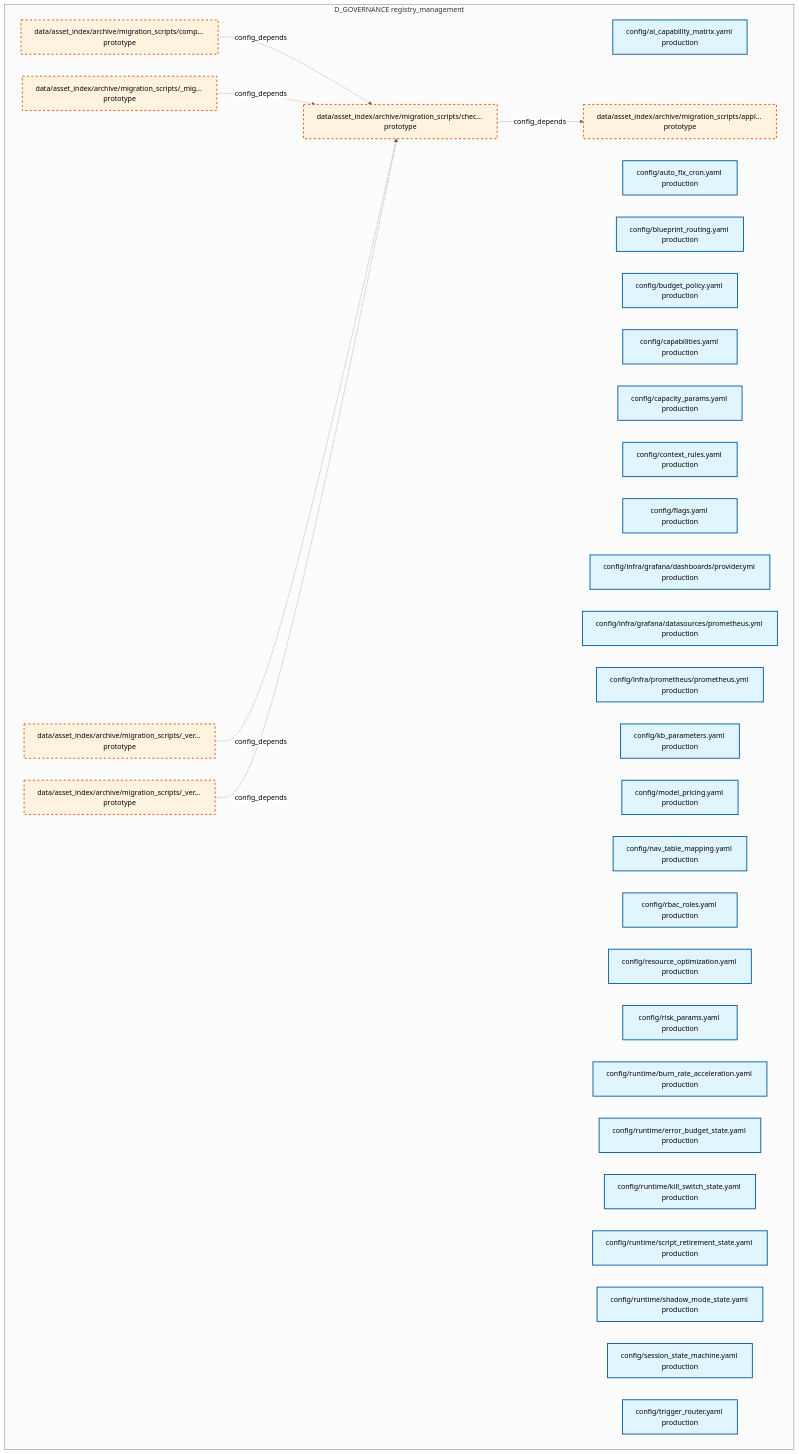
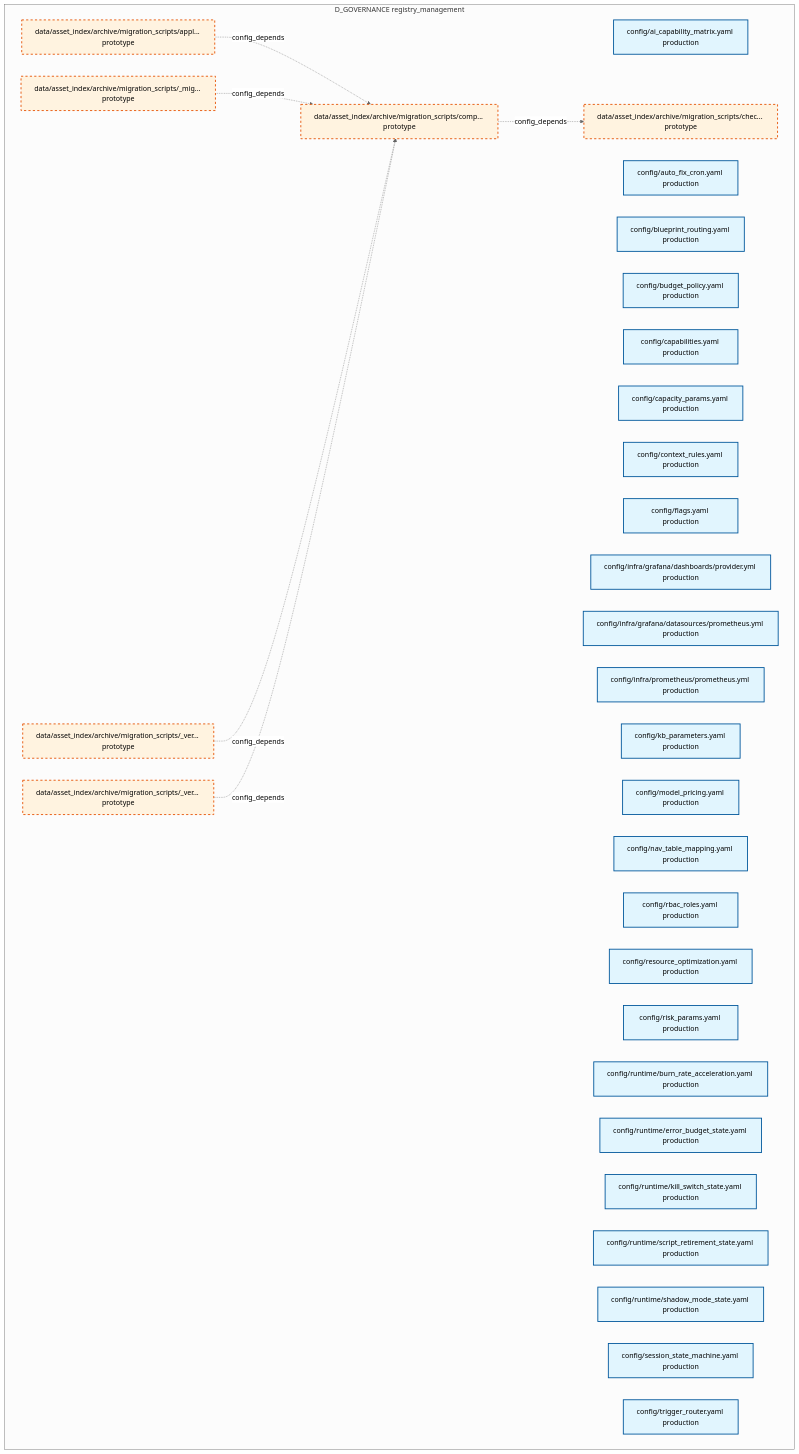
The first of 28 diagrams in docs/02_enterprise_architecture/02_domain_architecture_docs/31_d_governance.md (xuanFelixVan/ZephyrAlpha), drawn with Mermaid (neutral theme) before and after one commit. The commit also changed other lines of this file and 99 other files, not shown here.

````diff
--- a/docs/02_enterprise_architecture/02_domain_architecture_docs/31_d_governance.md
+++ b/docs/02_enterprise_architecture/02_domain_architecture_docs/31_d_governance.md
@@ -49,46 +49,46 @@
 ```mermaid
 graph TD
     subgraph D_GOVERNANCE["D_GOVERNANCE registry_management"]
         config_ai_capability_matrix_yaml["config/ai_capability_matrix.yaml production"]
         config_auto_fix_cron_yaml["config/auto_fix_cron.yaml production"]
         config_blueprint_routing_yaml["config/blueprint_routing.yaml production"]
         config_budget_policy_yaml["config/budget_policy.yaml production"]
         config_capabilities_yaml["config/capabilities.yaml production"]
         config_capacity_params_yaml["config/capacity_params.yaml production"]
         config_context_rules_yaml["config/context_rules.yaml production"]
         config_flags_yaml["config/flags.yaml production"]
         config_infra_grafana_dashboards_provider_yml["config/infra/grafana/dashboards/provider.yml production"]
         config_infra_grafana_datasources_prometheus_yml["config/infra/grafana/datasources/prometheus.yml production"]
         config_infra_prometheus_prometheus_yml["config/infra/prometheus/prometheus.yml production"]
         config_kb_parameters_yaml["config/kb_parameters.yaml production"]
         config_model_pricing_yaml["config/model_pricing.yaml production"]
         config_nav_table_mapping_yaml["config/nav_table_mapping.yaml production"]
         config_rbac_roles_yaml["config/rbac_roles.yaml production"]
         config_resource_optimization_yaml["config/resource_optimization.yaml production"]
         config_risk_params_yaml["config/risk_params.yaml production"]
         config_runtime_burn_rate_acceleration_yaml["config/runtime/burn_rate_acceleration.yaml production"]
         config_runtime_error_budget_state_yaml["config/runtime/error_budget_state.yaml production"]
         config_runtime_kill_switch_state_yaml["config/runtime/kill_switch_state.yaml production"]
         config_runtime_script_retirement_state_yaml["config/runtime/script_retirement_state.yaml production"]
         config_runtime_shadow_mode_state_yaml["config/runtime/shadow_mode_state.yaml production"]
         config_session_state_machine_yaml["config/session_state_machine.yaml production"]
         config_trigger_router_yaml["config/trigger_router.yaml production"]
         data_asset_index_archive_migration_scripts_migration_shared_py["data/asset_index/archive/migration_scripts/_mig... prototype"]
         data_asset_index_archive_migration_scripts_verify_manifest_py["data/asset_index/archive/migration_scripts/_ver... prototype"]
         data_asset_index_archive_migration_scripts_verify_step4_py["data/asset_index/archive/migration_scripts/_ver... prototype"]
         data_asset_index_archive_migration_scripts_apply_rulings_py["data/asset_index/archive/migration_scripts/appl... prototype"]
         data_asset_index_archive_migration_scripts_check_coverage_py["data/asset_index/archive/migration_scripts/chec... prototype"]
         data_asset_index_archive_migration_scripts_comprehensive_import_fix_py["data/asset_index/archive/migration_scripts/comp... prototype"]
     end
-    data_asset_index_archive_migration_scripts_check_coverage_py -.->|config_depends| data_asset_index_archive_migration_scripts_apply_rulings_py
     data_asset_index_archive_migration_scripts_comprehensive_import_fix_py -.->|config_depends| data_asset_index_archive_migration_scripts_check_coverage_py
-    data_asset_index_archive_migration_scripts_migration_shared_py -.->|config_depends| data_asset_index_archive_migration_scripts_check_coverage_py
-    data_asset_index_archive_migration_scripts_verify_step4_py -.->|config_depends| data_asset_index_archive_migration_scripts_check_coverage_py
-    data_asset_index_archive_migration_scripts_verify_manifest_py -.->|config_depends| data_asset_index_archive_migration_scripts_check_coverage_py
+    data_asset_index_archive_migration_scripts_apply_rulings_py -.->|config_depends| data_asset_index_archive_migration_scripts_comprehensive_import_fix_py
+    data_asset_index_archive_migration_scripts_migration_shared_py -.->|config_depends| data_asset_index_archive_migration_scripts_comprehensive_import_fix_py
+    data_asset_index_archive_migration_scripts_verify_step4_py -.->|config_depends| data_asset_index_archive_migration_scripts_comprehensive_import_fix_py
+    data_asset_index_archive_migration_scripts_verify_manifest_py -.->|config_depends| data_asset_index_archive_migration_scripts_comprehensive_import_fix_py
     classDef production fill:#e1f5fe,stroke:#01579b,stroke-width:2px,color:#000
     classDef design fill:#fff3e0,stroke:#e65100,stroke-width:2px,color:#000,stroke-dasharray: 5 5
     classDef external_prod fill:#e8f5e9,stroke:#1b5e20,stroke-width:1px,color:#000
     classDef external_design fill:#fce4ec,stroke:#880e4f,stroke-width:1px,color:#000,stroke-dasharray: 5 5
     class config_ai_capability_matrix_yaml,config_auto_fix_cron_yaml,config_blueprint_routing_yaml,config_budget_policy_yaml,config_capabilities_yaml,config_capacity_params_yaml,config_context_rules_yaml,config_flags_yaml,config_infra_grafana_dashboards_provider_yml,config_infra_grafana_datasources_prometheus_yml,config_infra_prometheus_prometheus_yml,config_kb_parameters_yaml,config_model_pricing_yaml,config_nav_table_mapping_yaml,config_rbac_roles_yaml,config_resource_optimization_yaml,config_risk_params_yaml,config_runtime_burn_rate_acceleration_yaml,config_runtime_error_budget_state_yaml,config_runtime_kill_switch_state_yaml,config_runtime_script_retirement_state_yaml,config_runtime_shadow_mode_state_yaml,config_session_state_machine_yaml,config_trigger_router_yaml production
     class data_asset_index_archive_migration_scripts_migration_shared_py,data_asset_index_archive_migration_scripts_verify_manifest_py,data_asset_index_archive_migration_scripts_verify_step4_py,data_asset_index_archive_migration_scripts_apply_rulings_py,data_asset_index_archive_migration_scripts_check_coverage_py,data_asset_index_archive_migration_scripts_comprehensive_import_fix_py design
 ```
````
